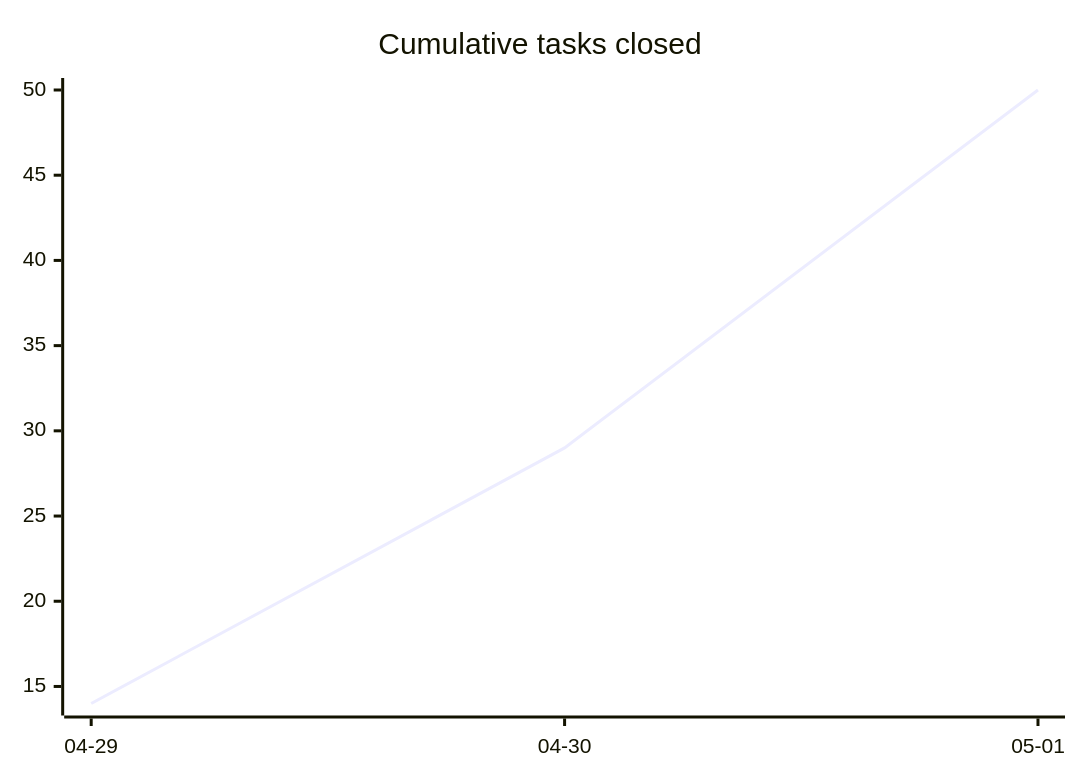
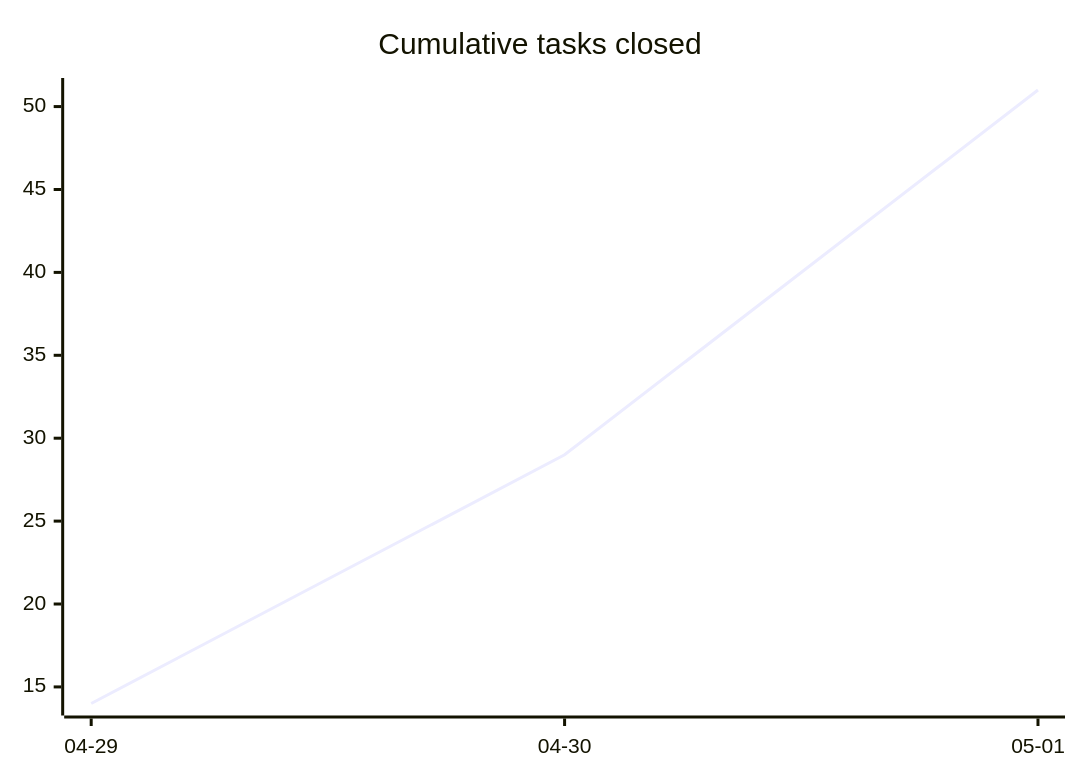
The first of 3 diagrams in docs/developers/tasks/OVERVIEW.md (tgd1975/AwesomeStudioPedal), drawn with Mermaid before and after one commit. The commit also changed other lines of this file and 4 other files, not shown here.

````diff
--- a/docs/developers/tasks/OVERVIEW.md
+++ b/docs/developers/tasks/OVERVIEW.md
@@ -22,6 +22,6 @@
 ```mermaid
 xychart-beta
     title "Cumulative tasks closed"
     x-axis ["04-29", "04-30", "05-01"]
-    line [14, 29, 50]
+    line [14, 29, 51]
 ```
````
